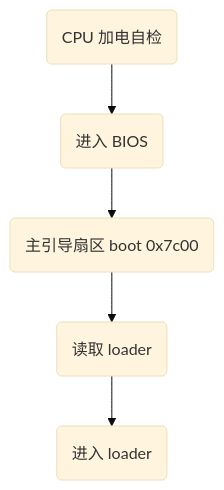
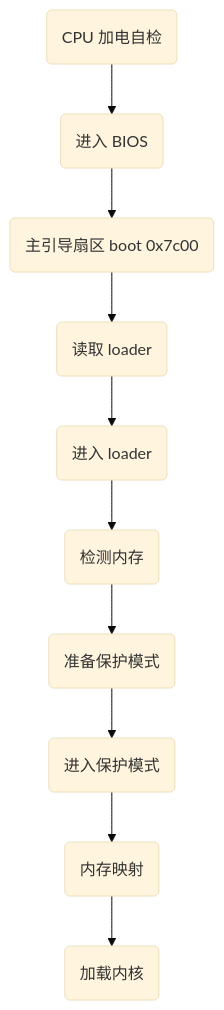
The diagram in x86_assembly/docs/启动流程.md (StevenBaby/computer), drawn with Mermaid (base theme) before and after one commit. The commit also changed 2 other files, not shown here.

Commit message:
x86 汇编语言 - 22 ELF 文件格式简介

````diff
--- a/x86_assembly/docs/启动流程.md
+++ b/x86_assembly/docs/启动流程.md
@@ -3,8 +3,4 @@
 ```mermaid
 flowchart TD
-T1(CPU 加电自检)
-T1 --> T2(进入 BIOS)
-T2 --> T3(主引导扇区 boot 0x7c00)
-T3 --> T4(读取 loader)
-T4 --> T5(进入 loader)
+T1(CPU 加电自检) --> T2(进入 BIOS) --> T3(主引导扇区 boot 0x7c00) --> T4(读取 loader) --> T5(进入 loader) --> T6(检测内存) --> T7(准备保护模式) --> T8(进入保护模式) --> T9(内存映射) --> T10(加载内核)
 ```
````
